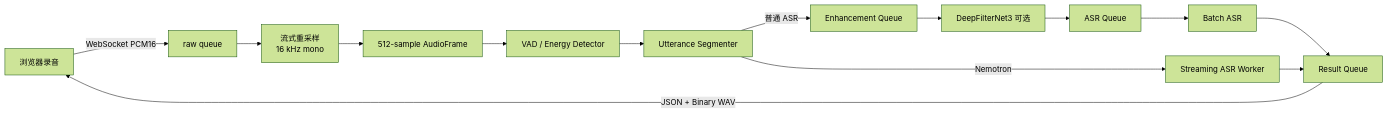
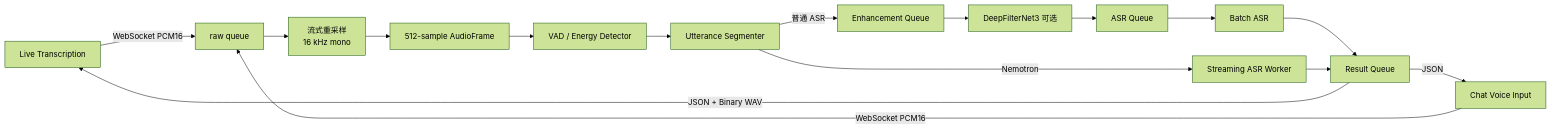
One commit to devilyouwei/hugging-mac changed the first of 6 diagrams in apps/web/backend/src/hugging_mac_web/live_transcription/README.md. Above: the diagram before and after it, drawn with Mermaid (forest theme). The commit also changed other lines of this file and 13 other files, not shown here.

Commit message:
refactor: unify live and chat ASR pipelines

````diff
--- a/apps/web/backend/src/hugging_mac_web/live_transcription/README.md
+++ b/apps/web/backend/src/hugging_mac_web/live_transcription/README.md
@@ -16,16 +16,18 @@
 ```mermaid
 flowchart LR
-    FE[浏览器录音] -->|WebSocket PCM16| RQ[raw queue]
+    LT[Live Transcription] -->|WebSocket PCM16| RQ[raw queue]
+    CH[Chat Voice Input] -->|WebSocket PCM16| RQ
     RQ --> RS[流式重采样<br/>16 kHz mono]
     RS --> AF[512-sample AudioFrame]
     AF --> VD[VAD / Energy Detector]
     VD --> SG[Utterance Segmenter]
     SG -->|普通 ASR| EQ[Enhancement Queue]
     EQ --> DF[DeepFilterNet3 可选]
     DF --> AQ[ASR Queue]
     AQ --> ASR[Batch ASR]
     SG -->|Nemotron| NS[Streaming ASR Worker]
     ASR --> OQ[Result Queue]
     NS --> OQ
-    OQ -->|JSON + Binary WAV| FE
+    OQ -->|JSON + Binary WAV| LT
+    OQ -->|JSON| CH
 ```
````
